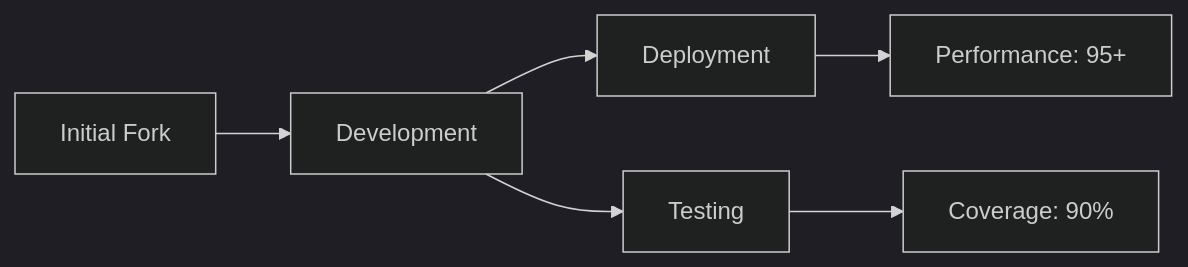
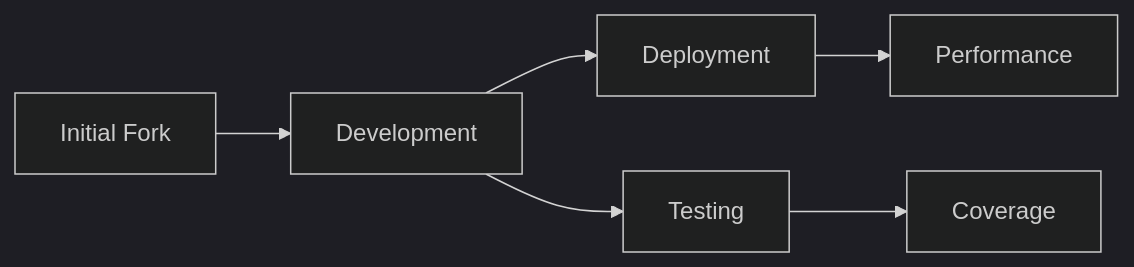
The first of 6 diagrams in content/projects/website/Index.md (pavankakarrot/my-portfolio-website), drawn with Mermaid (dark theme) before and after one commit. The commit also changed other lines of this file, not shown here.

````diff
--- a/content/projects/website/Index.md
+++ b/content/projects/website/Index.md
@@ -28,8 +44,8 @@
 ```mermaid
 graph LR
     A[Initial Fork] --> B[Development]
     B --> C[Deployment]
     B --> D[Testing]
-    C --> E[Performance: 95+]
-    D --> F[Coverage: 90%]
+    C --> E[Performance]
+    D --> F[Coverage]
 ```
````
